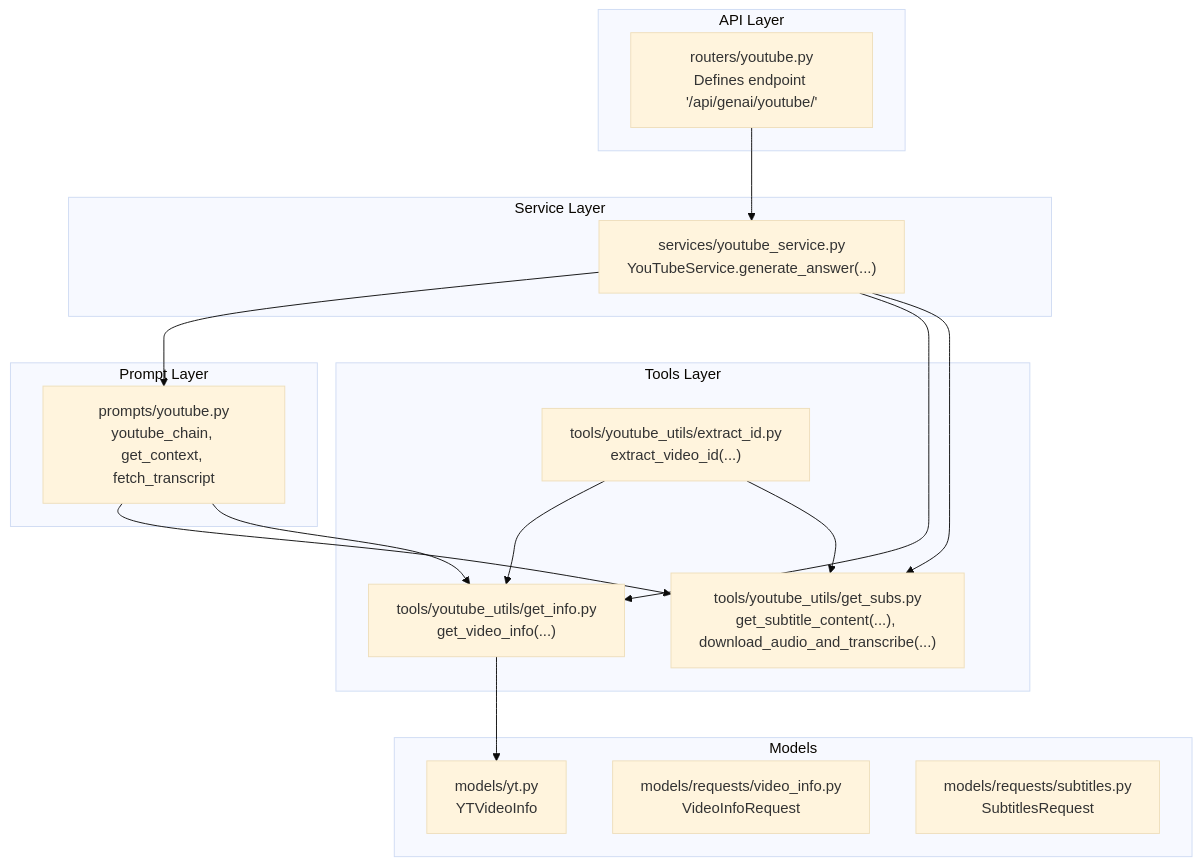
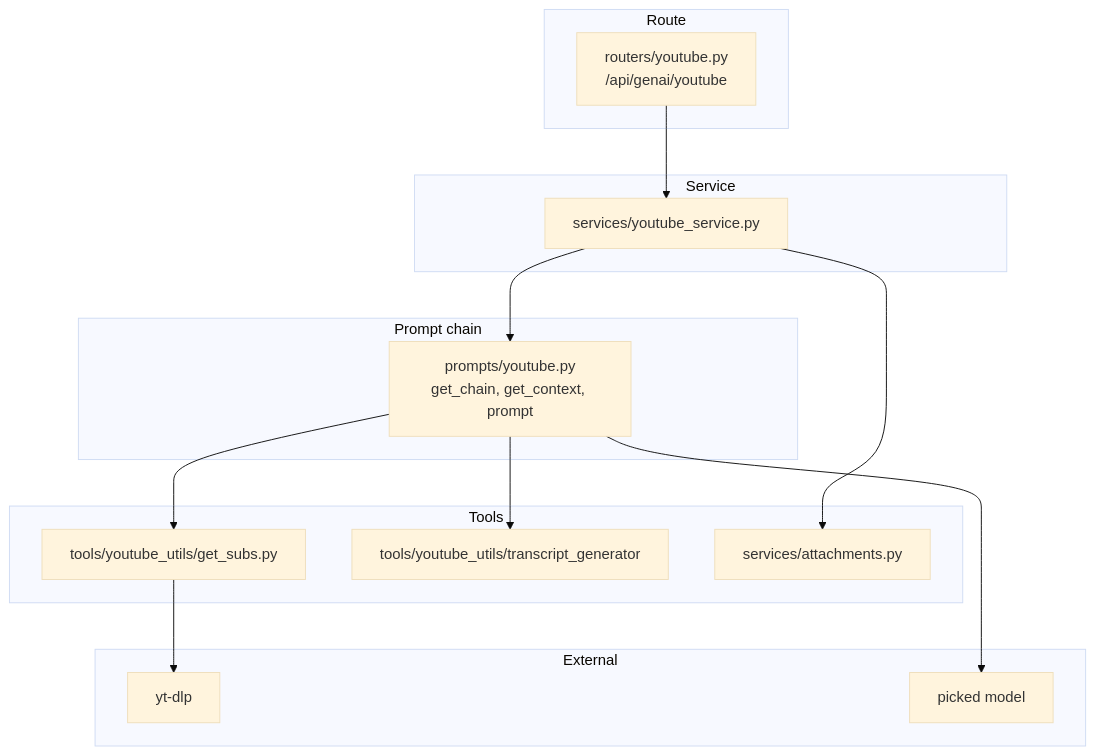
Before and after one commit to tashifkhan/tashif.codes: the first of 5 diagrams in src/data/docs/agentic-browser/API Server/YouTube Integration API.md, drawn with Mermaid (base theme). The commit also changed other lines of this file and 114 other files, not shown here.

````diff
--- a/src/data/docs/agentic-browser/API Server/YouTube Integration API.md
+++ b/src/data/docs/agentic-browser/API Server/YouTube Integration API.md
@@ -14,31 +17,28 @@
 ```mermaid
 graph TB
-subgraph "API Layer"
-R["routers/youtube.py<br/>Defines endpoint '/api/genai/youtube/'"]
-end
-subgraph "Service Layer"
-S["services/youtube_service.py<br/>YouTubeService.generate_answer(...)"]
-end
-subgraph "Prompt Layer"
-P["prompts/youtube.py<br/>youtube_chain, get_context, fetch_transcript"]
-end
-subgraph "Tools Layer"
-TI["tools/youtube_utils/get_info.py<br/>get_video_info(...)"]
-TS["tools/youtube_utils/get_subs.py<br/>get_subtitle_content(...), download_audio_and_transcribe(...)"]
-TE["tools/youtube_utils/extract_id.py<br/>extract_video_id(...)"]
-end
-subgraph "Models"
-MI["models/yt.py<br/>YTVideoInfo"]
-MR1["models/requests/video_info.py<br/>VideoInfoRequest"]
-MR2["models/requests/subtitles.py<br/>SubtitlesRequest"]
-end
-R --> S
-S --> P
-S --> TI
-S --> TS
-TI --> MI
-P --> TS
-P --> TI
-TE --> TI
-TE --> TS
+  subgraph "Route"
+    YT["routers/youtube.py<br/>/api/genai/youtube"]
+  end
+  subgraph "Service"
+    YS["services/youtube_service.py"]
+  end
+  subgraph "Prompt chain"
+    PY["prompts/youtube.py<br/>get_chain, get_context, prompt"]
+  end
+  subgraph "Tools"
+    SUB["tools/youtube_utils/get_subs.py"]
+    TR["tools/youtube_utils/transcript_generator"]
+    ATT["services/attachments.py"]
+  end
+  subgraph "External"
+    YDL["yt-dlp"]
+    LLM["picked model"]
+  end
+  YT --> YS
+  YS --> PY
+  PY --> SUB
+  SUB --> YDL
+  PY --> TR
+  YS --> ATT
+  PY --> LLM
 ```
````
